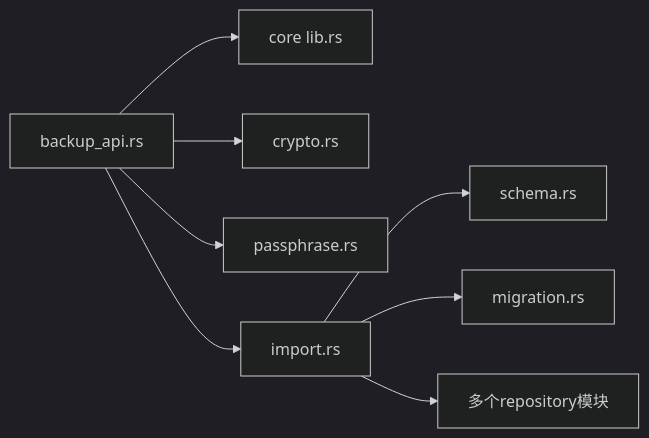
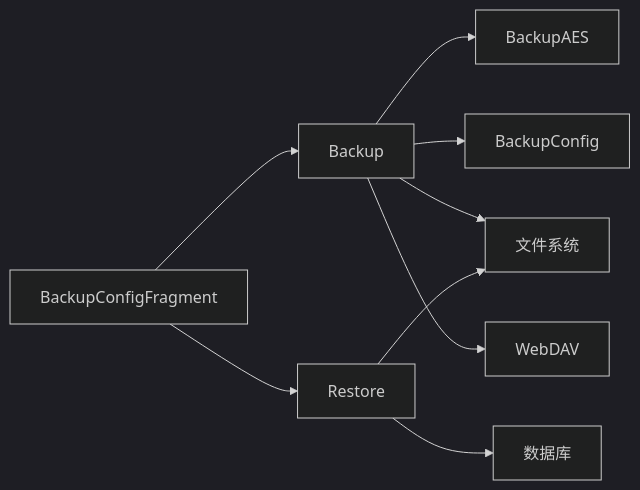
The fifth of 5 diagrams in .qoder/repowiki/zh/content/Rust核心库/数据库层/备份恢复功能.md (ZhangGHGitHub/LegadoTeamFlutter), drawn with Mermaid (dark theme) before and after one commit. The commit also changed other lines of this file and 173 other files, not shown here.

````diff
--- a/.qoder/repowiki/zh/content/Rust核心库/数据库层/备份恢复功能.md
+++ b/.qoder/repowiki/zh/content/Rust核心库/数据库层/备份恢复功能.md
@@ -338,10 +255,11 @@
 ```mermaid
 graph LR
-API["backup_api.rs"] --> CORE["core lib.rs"]
-API --> CRYPTO["crypto.rs"]
-API --> PASS["passphrase.rs"]
-API --> IMPORT["import.rs"]
-IMPORT --> SCHEMA["schema.rs"]
-IMPORT --> MIGRATION["migration.rs"]
-IMPORT --> REPOS["多个repository模块"]
+UI["BackupConfigFragment"] --> BACKUP["Backup"]
+UI --> RESTORE["Restore"]
+BACKUP --> ENCRYPT["BackupAES"]
+BACKUP --> CONFIG["BackupConfig"]
+BACKUP --> FS["文件系统"]
+RESTORE --> FS
+RESTORE --> DB["数据库"]
+BACKUP --> WEBDAV["WebDAV"]
 ```
````
